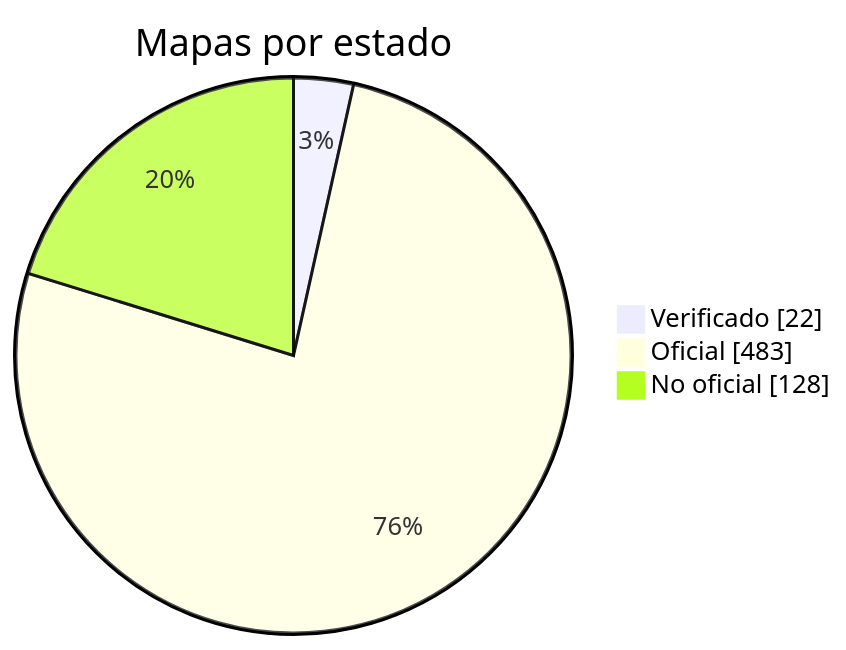
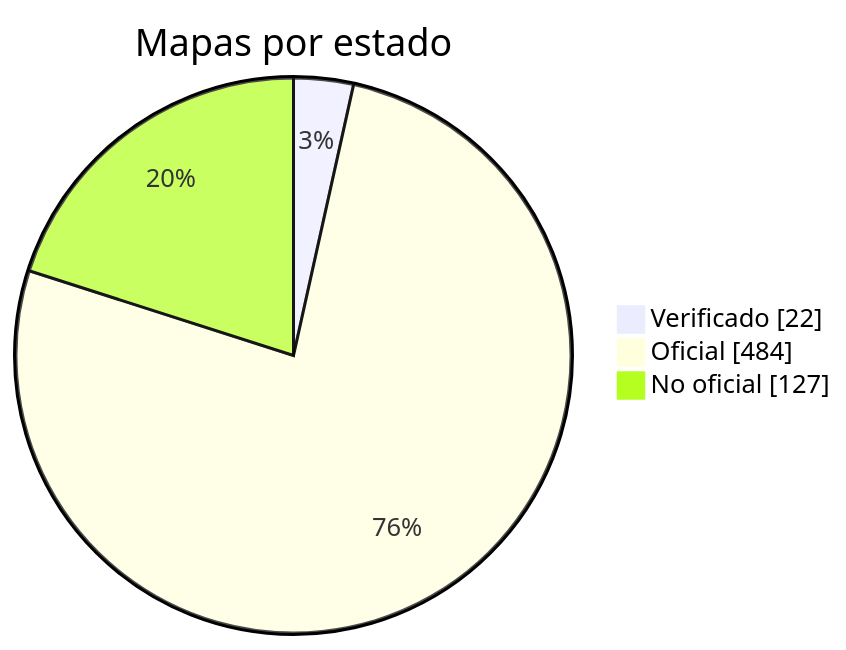
Before and after one commit to nobrega8/mbmap-library: the diagram in docs/readme/README_ES.md, drawn with Mermaid. The commit also changed 6 other files, not shown here.

````diff
--- a/docs/readme/README_ES.md
+++ b/docs/readme/README_ES.md
@@ -54,7 +54,7 @@
 ```mermaid
 pie showData
     title Mapas por estado
     "Verificado" : 22
-    "Oficial" : 483
-    "No oficial" : 128
+    "Oficial" : 484
+    "No oficial" : 127
 ```
````
